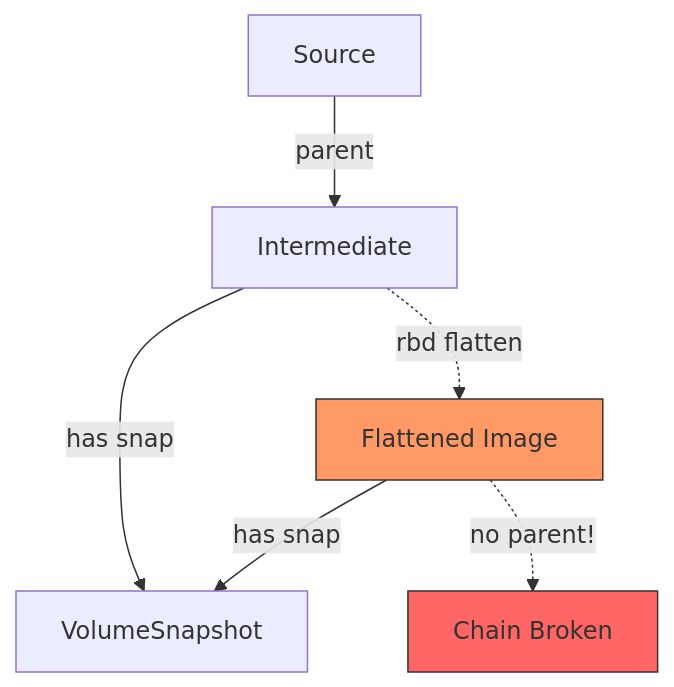
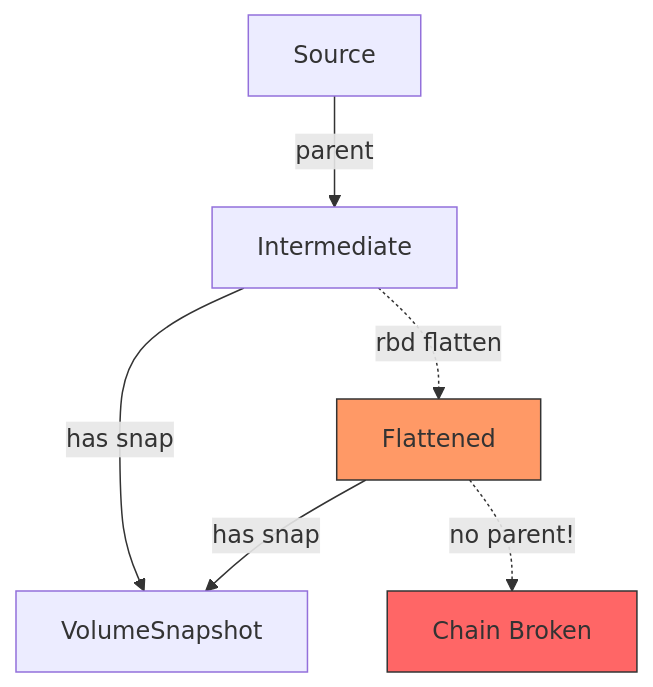
The third of 3 diagrams in demo/slides.md (kaovilai/cephcsi-cbt-e2e), drawn with Mermaid before and after one commit. The commit also changed other lines of this file, not shown here.

````diff
--- a/demo/slides.md
+++ b/demo/slides.md
@@ -201,11 +285,11 @@
 ```mermaid {scale:0.5}
 graph TD
     A[Source] -->|parent| B[Intermediate]
     B -->|has snap| S[VolumeSnapshot]
-    B -.->|rbd flatten| B2[Flattened Image]
+    B -.->|rbd flatten| B2[Flattened]
     B2 -->|has snap| S
     B2 -.->|no parent!| X[Chain Broken]
 
     style X fill:#f66,stroke:#333
     style B2 fill:#f96,stroke:#333
 ```
````
